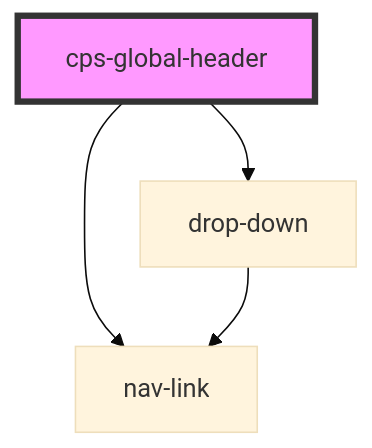
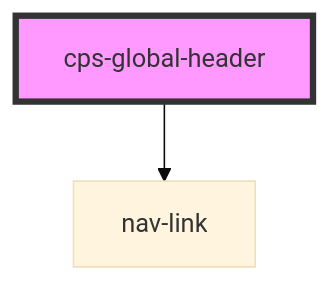
The diagram in packages/cps-global-components/src/components/cps-global-header/readme.md (CPS-Innovation/global-components), drawn with Mermaid (base theme) before and after one commit. The commit also changed other lines of this file and 27 other files, not shown here.

````diff
--- a/packages/cps-global-components/src/components/cps-global-header/readme.md
+++ b/packages/cps-global-components/src/components/cps-global-header/readme.md
@@ -21,7 +20,5 @@
 ```mermaid
 graph TD;
   cps-global-header --> nav-link
-  cps-global-header --> drop-down
-  drop-down --> nav-link
   style cps-global-header fill:#f9f,stroke:#333,stroke-width:4px
 ```
````
